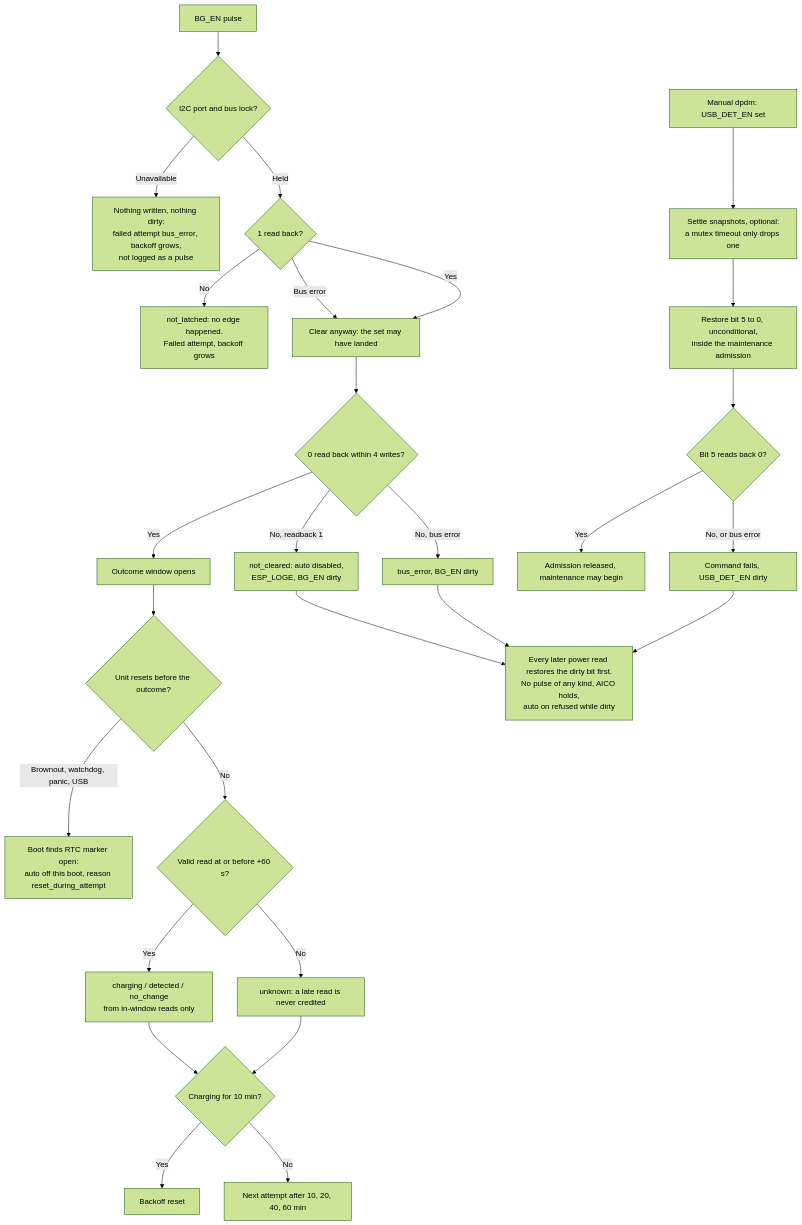
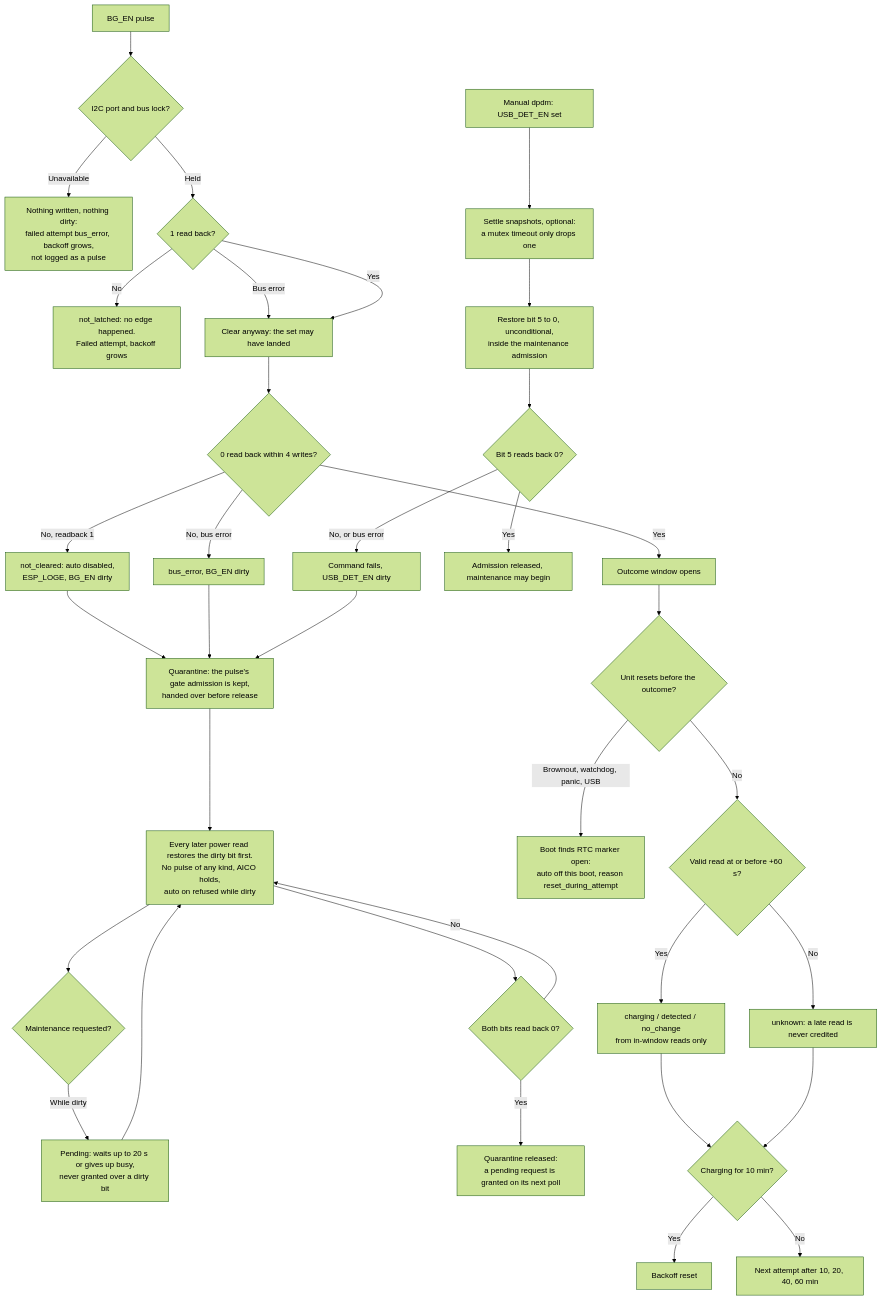
Before and after one commit to Jan-IngenHousz-Institute/ambyte-iot: the third of 3 diagrams in docs/charger-redetect.md, drawn with Mermaid (forest theme). The commit also changed other lines of this file and 2 other files, not shown here.

Commit message:
docs(charger): document the dirty-bit maintenance quarantine

````diff
--- a/docs/charger-redetect.md
+++ b/docs/charger-redetect.md
@@ -196,30 +212,37 @@
 ```mermaid
 flowchart TD
     A[BG_EN pulse] --> L{I2C port and bus lock?}
     L -- Unavailable --> N[Nothing written, nothing dirty:<br/>failed attempt bus_error, backoff grows,<br/>not logged as a pulse]
     L -- Held --> B{1 read back?}
     B -- No --> F1[not_latched: no edge happened.<br/>Failed attempt, backoff grows]
     B -- Bus error --> C[Clear anyway: the set may have landed]
     B -- Yes --> C
     C --> D{0 read back within 4 writes?}
     D -- Yes --> OK[Outcome window opens]
     D -- No, readback 1 --> S[not_cleared: auto disabled,<br/>ESP_LOGE, BG_EN dirty]
     D -- No, bus error --> T[bus_error, BG_EN dirty]
-    S --> R[Every later power read restores the dirty bit first.<br/>No pulse of any kind, AICO holds,<br/>auto on refused while dirty]
-    T --> R
+    S --> QH[Quarantine: the pulse's gate admission is kept,<br/>handed over before release]
+    T --> QH
+    QH --> R[Every later power read restores the dirty bit first.<br/>No pulse of any kind, AICO holds,<br/>auto on refused while dirty]
+    R --> MQ{Maintenance requested?}
+    MQ -- While dirty --> MW[Pending: waits up to 20 s or gives up busy,<br/>never granted over a dirty bit]
+    MW --> R
+    R --> RC{Both bits read back 0?}
+    RC -- Yes --> QR[Quarantine released:<br/>a pending request is granted on its next poll]
+    RC -- No --> R
     OK --> W{Unit resets before the outcome?}
     W -- Brownout, watchdog, panic, USB --> X[Boot finds RTC marker open:<br/>auto off this boot, reason reset_during_attempt]
     W -- No --> V{Valid read at or before +60 s?}
     V -- Yes --> Y[charging / detected / no_change<br/>from in-window reads only]
     V -- No --> U[unknown: a late read is never credited]
     Y --> Z{Charging for 10 min?}
     U --> Z
     Z -- Yes --> Q[Backoff reset]
     Z -- No --> BO[Next attempt after 10, 20, 40, 60 min]
     M[Manual dpdm: USB_DET_EN set] --> SN[Settle snapshots, optional:<br/>a mutex timeout only drops one]
     SN --> RS[Restore bit 5 to 0, unconditional,<br/>inside the maintenance admission]
     RS --> RV{Bit 5 reads back 0?}
     RV -- Yes --> MOK[Admission released, maintenance may begin]
     RV -- No, or bus error --> MD[Command fails, USB_DET_EN dirty]
-    MD --> R
+    MD --> QH
 ```
````
